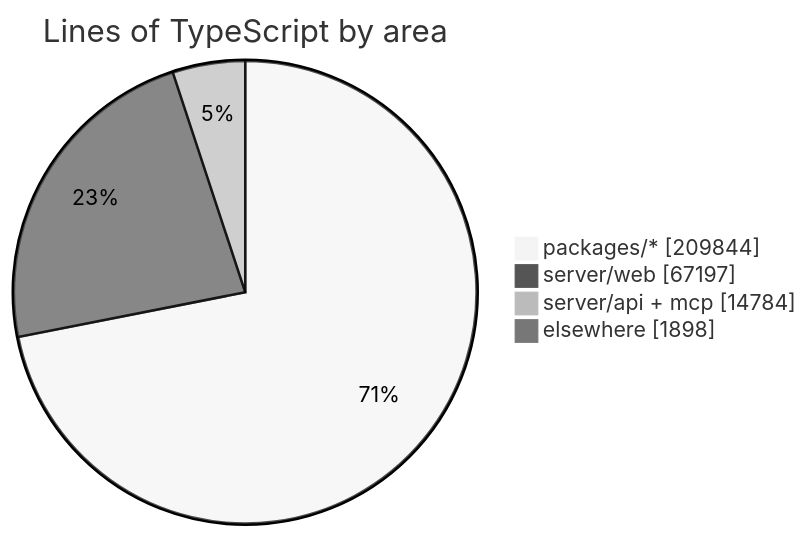
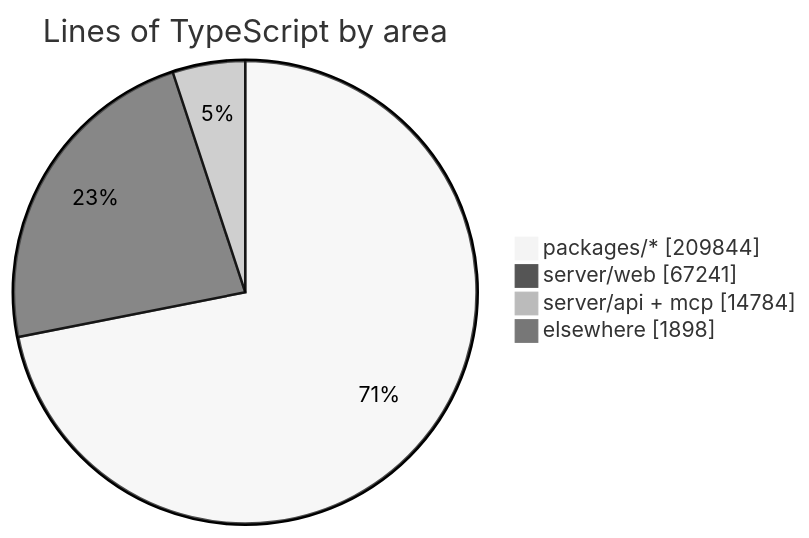
One commit to crossworks-engineering/mantle changed the diagram in README.md. Above: the diagram before and after it, drawn with Mermaid (neutral theme). The commit also changed other lines of this file and 2 other files, not shown here.

````diff
--- a/README.md
+++ b/README.md
@@ -287,7 +287,7 @@
 ```mermaid
 pie showData title Lines of TypeScript by area
     "packages/*" : 209844
-    "server/web" : 67197
+    "server/web" : 67241
     "server/api + mcp" : 14784
     "elsewhere" : 1898
 ```
````
